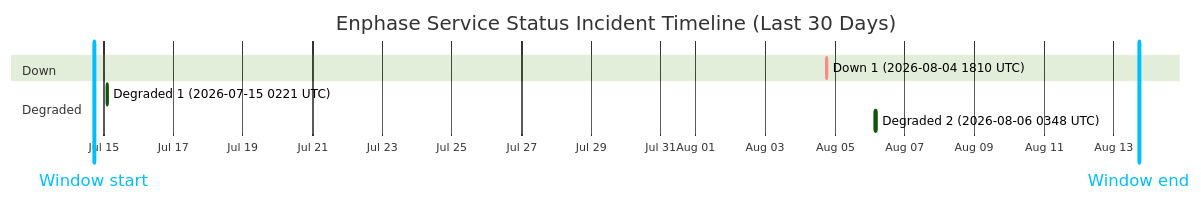
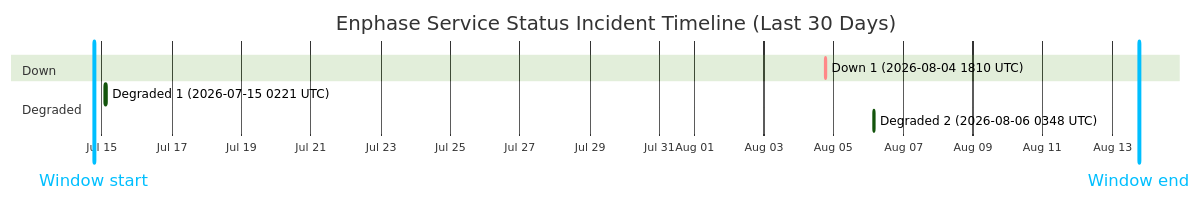
Before and after one commit to barneyonline/ha-enphase-energy: the diagram in wiki/Service-Status-History.md, drawn with Mermaid (forest theme). The commit also changed other lines of this file and 3 other files, not shown here.

````diff
--- a/wiki/Service-Status-History.md
+++ b/wiki/Service-Status-History.md
@@ -14,13 +14,13 @@
 ```mermaid
 gantt
     title Enphase Service Status Incident Timeline (Last 30 Days)
     dateFormat  YYYY-MM-DDTHH:mm:ss
     axisFormat  %b %d
-    Window start :vert, window-start, 2026-07-14T17:27:37, 0ms
-    Window end :vert, window-end, 2026-08-13T17:27:37, 0ms
+    Window start :vert, window-start, 2026-07-14T18:27:54, 0ms
+    Window end :vert, window-end, 2026-08-13T18:27:54, 0ms
     section Down
     Down 1 (2026-08-04 1810 UTC) :crit, down-1, 2026-08-04T18:10:46, 60m
     section Degraded
     Degraded 1 (2026-07-15 0221 UTC) :active, degraded-1, 2026-07-15T02:21:35, 60m
     Degraded 2 (2026-08-06 0348 UTC) :active, degraded-2, 2026-08-06T03:48:14, 60m
 ```
````
